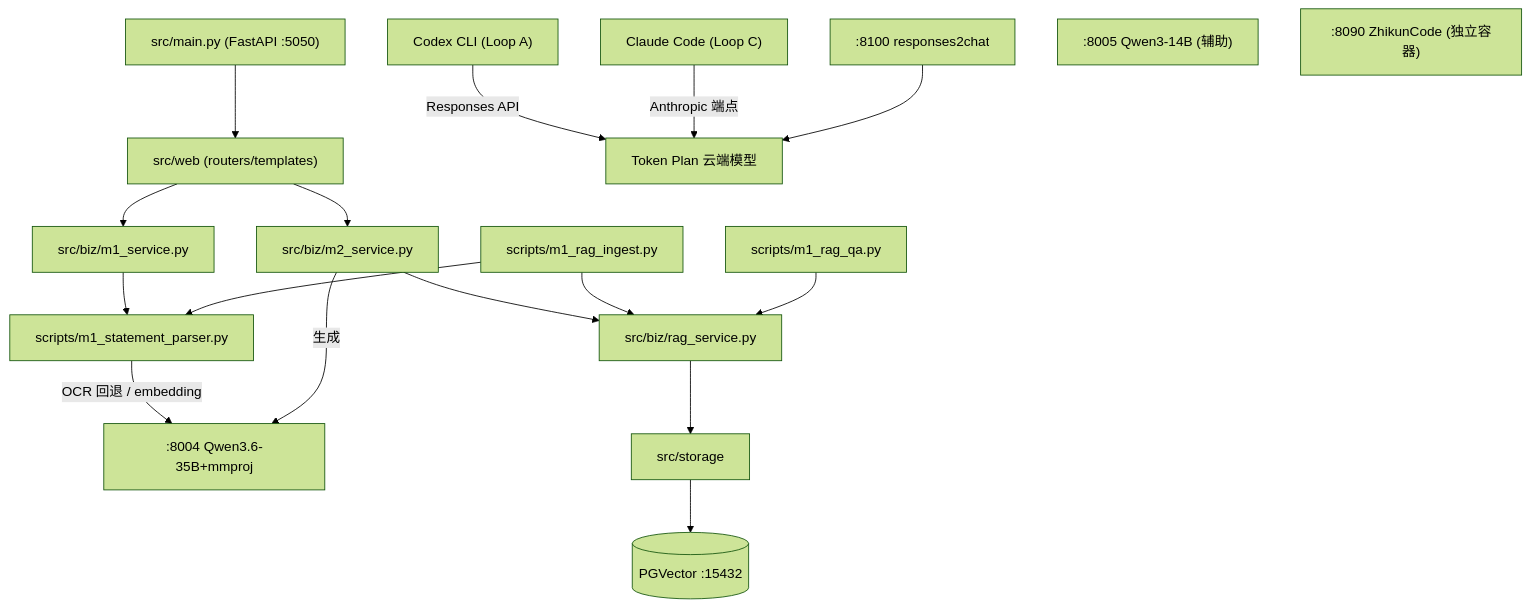
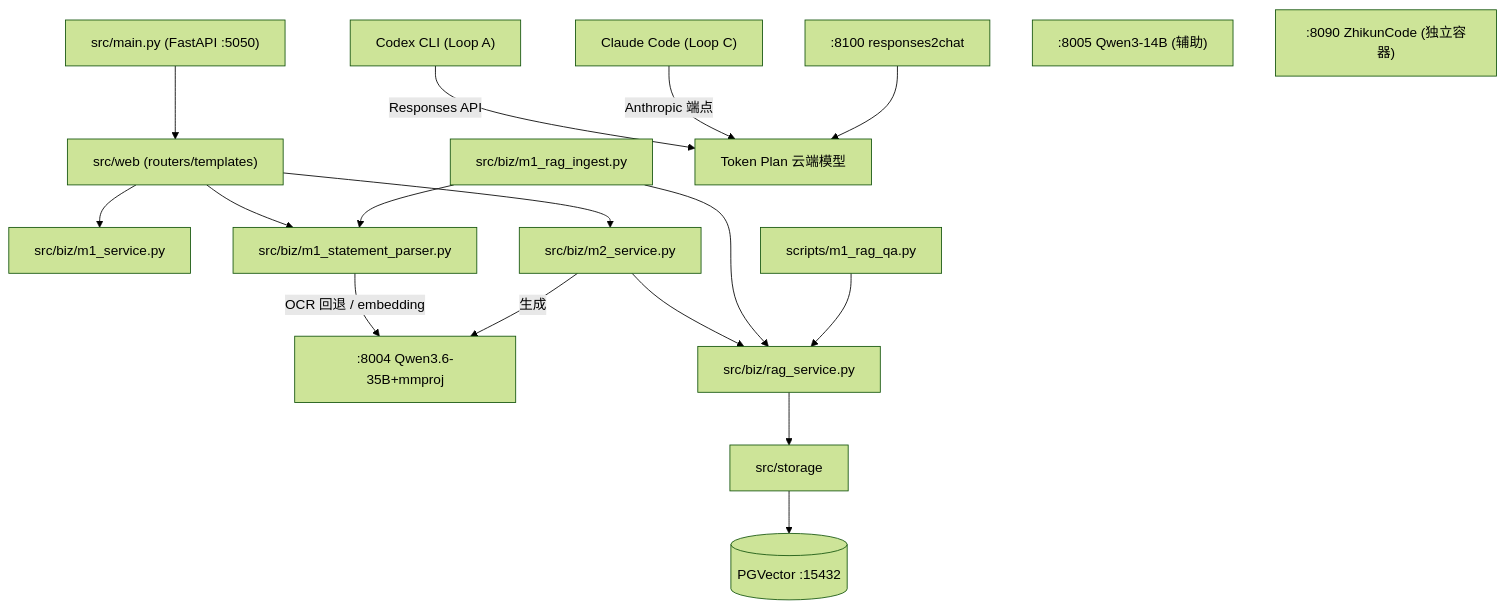
One commit to Wzh2learn/agents_final_tech changed the diagram in docs/architecture/codebase_map.md. Above: the diagram before and after it, drawn with Mermaid (forest theme). The commit also changed other lines of this file and 15 other files, not shown here.

````diff
--- a/docs/architecture/codebase_map.md
+++ b/docs/architecture/codebase_map.md
@@ -50,20 +50,20 @@
 ```mermaid
 flowchart TD
   MAIN["src/main.py (FastAPI :5050)"] --> WEB["src/web (routers/templates)"]
   WEB --> M1SVC["src/biz/m1_service.py"]
   WEB --> M2SVC["src/biz/m2_service.py"]
-  M1SVC --> PARSER["scripts/m1_statement_parser.py"]
+  WEB --> PARSER["src/biz/m1_statement_parser.py"]
   PARSER -->|"OCR 回退 / embedding"| L8004[":8004 Qwen3.6-35B+mmproj"]
   M2SVC --> RAGSVC["src/biz/rag_service.py"]
   RAGSVC --> STOR["src/storage"]
   STOR --> PG[("PGVector :15432")]
   M2SVC -->|"生成"| L8004
-  INGEST["scripts/m1_rag_ingest.py"] --> PARSER
+  INGEST["src/biz/m1_rag_ingest.py"] --> PARSER
   INGEST --> RAGSVC
   QA["scripts/m1_rag_qa.py"] --> RAGSVC
   CODEXCLI["Codex CLI (Loop A)"] -->|"Responses API"| TOKENPLAN["Token Plan 云端模型"]
   CLAUDE["Claude Code (Loop C)"] -->|"Anthropic 端点"| TOKENPLAN
   PROXY[":8100 responses2chat"] --> TOKENPLAN
   L8005[":8005 Qwen3-14B (辅助)"]
   ZHIKUN[":8090 ZhikunCode (独立容器)"]
 ```
````
